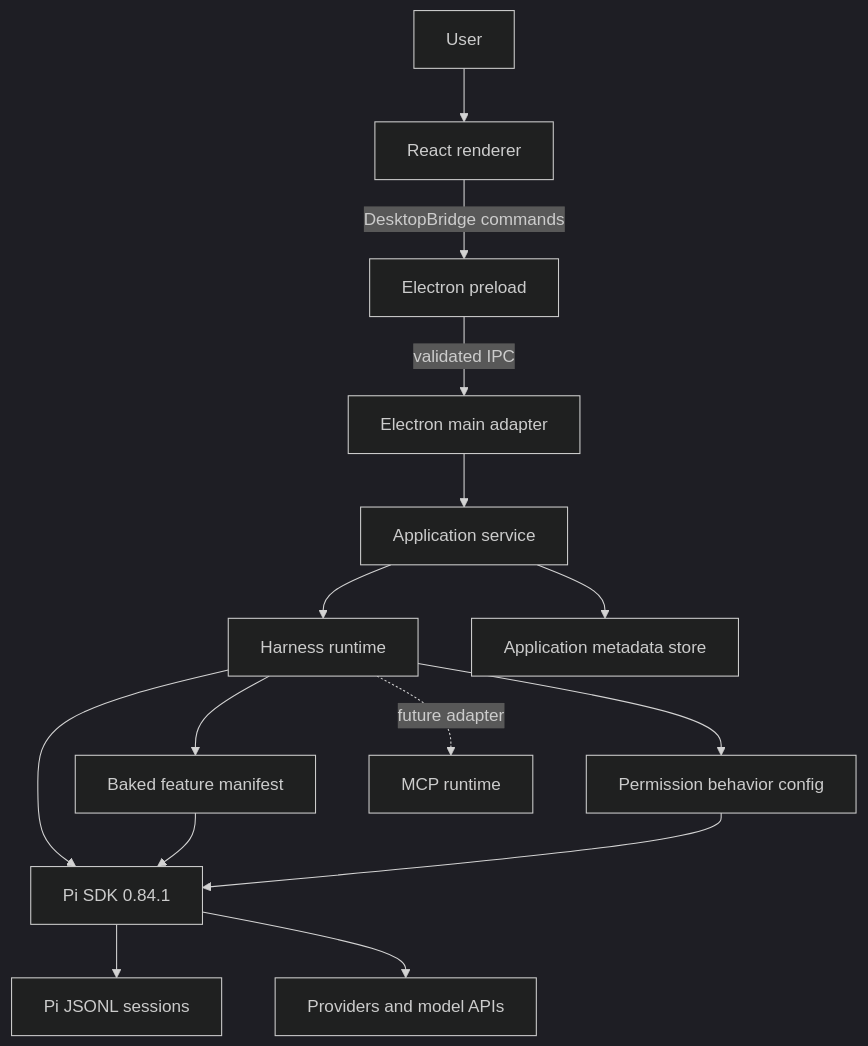
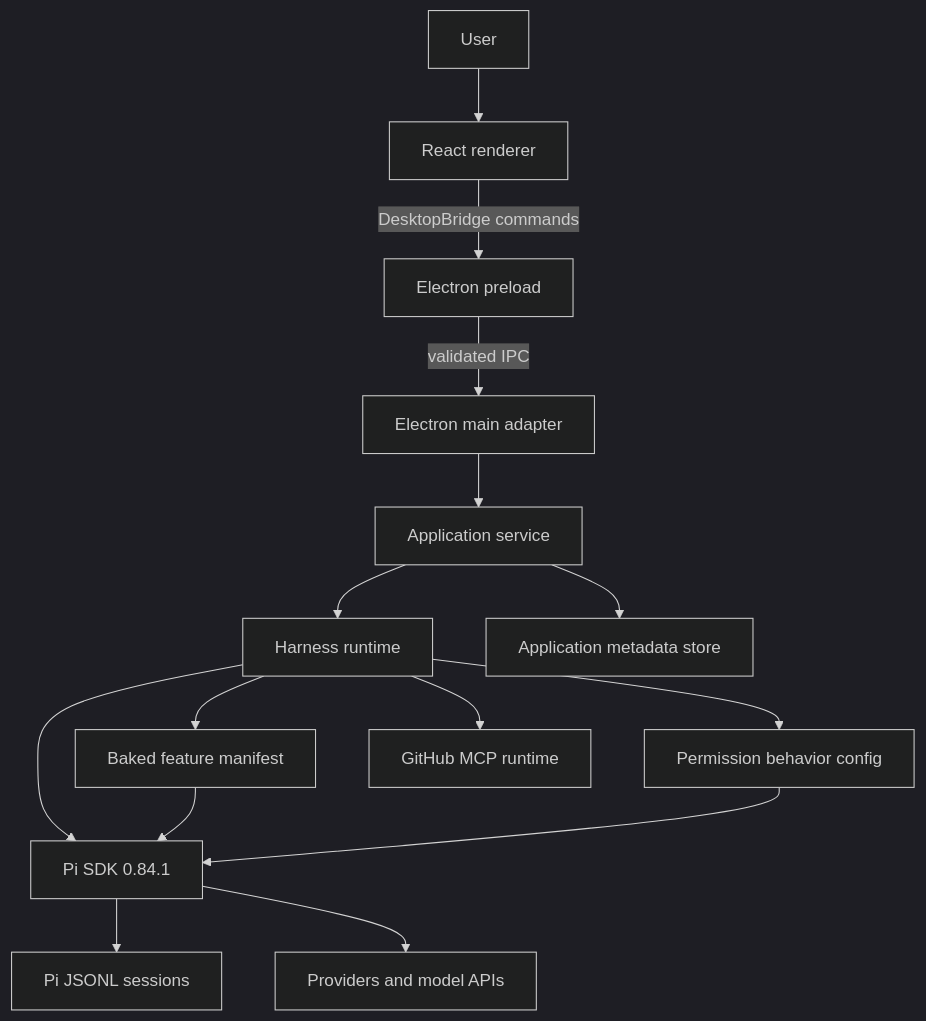
The second of 2 diagrams in docs/architecture/overview.md (vietfood/pho-code), drawn with Mermaid (dark theme) before and after one commit. The commit also changed other lines of this file and 95 other files, not shown here.

First line of the commit message:
feat(v2): add curated skills and read-only GitHub MCP

````diff
--- a/docs/architecture/overview.md
+++ b/docs/architecture/overview.md
@@ -55,17 +55,17 @@
 ```mermaid
 flowchart TB
     User["User"] --> Renderer["React renderer"]
     Renderer -->|"DesktopBridge commands"| Preload["Electron preload"]
     Preload -->|"validated IPC"| Main["Electron main adapter"]
     Main --> App["Application service"]
     App --> Runtime["Harness runtime"]
     Runtime --> Pi["Pi SDK 0.84.1"]
     App --> Metadata["Application metadata store"]
     Pi --> Sessions["Pi JSONL sessions"]
     Runtime --> Features["Baked feature manifest"]
     Features --> Pi
     Runtime --> PermissionConfig["Permission behavior config"]
     PermissionConfig --> Pi
     Pi --> Models["Providers and model APIs"]
-    Runtime -. "future adapter" .-> MCP["MCP runtime"]
+    Runtime --> MCP["GitHub MCP runtime"]
 ```
````
